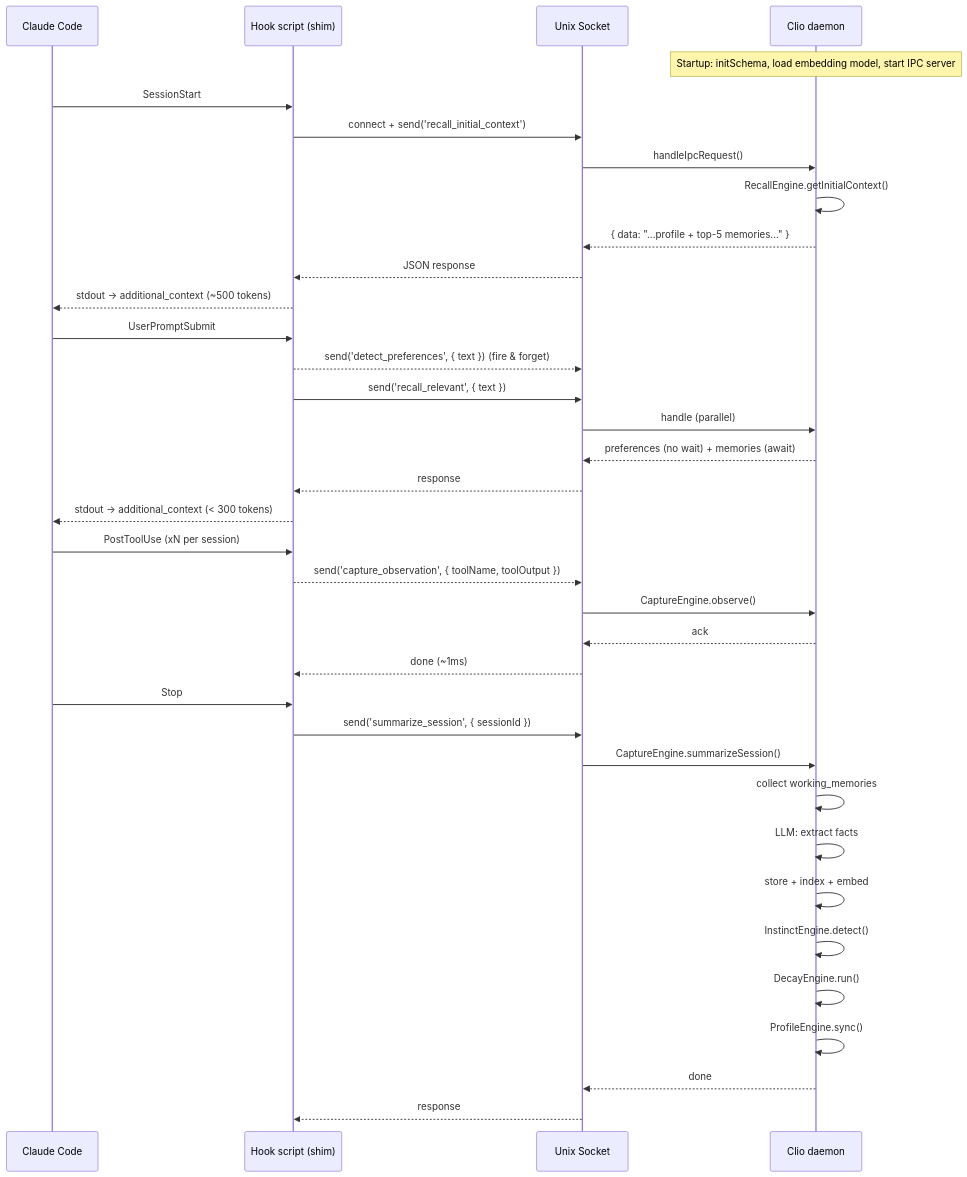
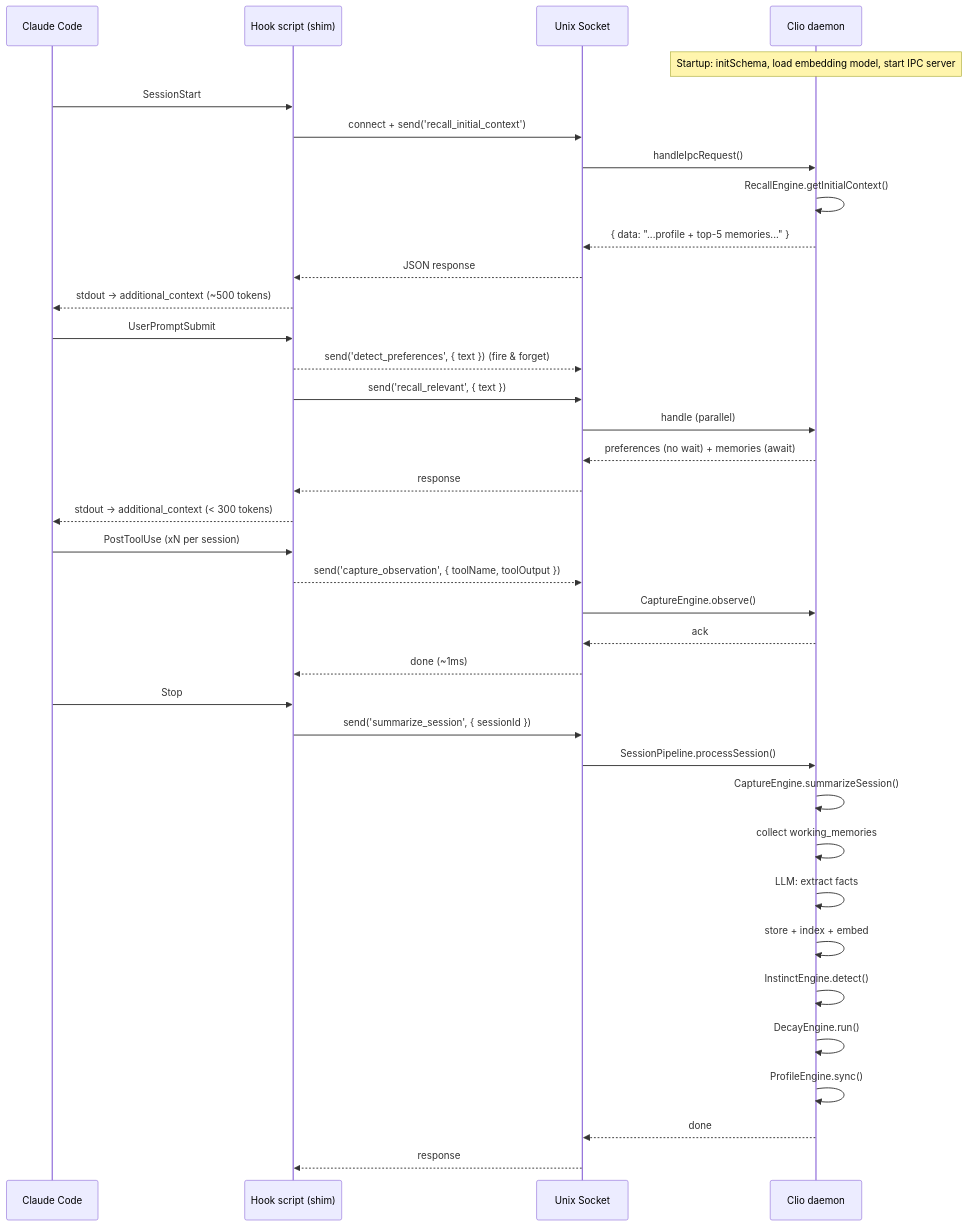
Before and after one commit to Lucas-lgm/clio: the tenth of 10 diagrams in docs/architecture.md, drawn with Mermaid. The commit also changed other lines of this file, not shown here.

First line of the commit message:
docs: update architecture diagrams after pipeline extraction and capture split

````diff
--- a/docs/architecture.md
+++ b/docs/architecture.md
@@ -403,43 +419,44 @@
 ```mermaid
 sequenceDiagram
     participant CC as Claude Code
     participant Hook as Hook script (shim)
     participant IPC as Unix Socket
     participant Clio as Clio daemon
 
     Note over Clio: Startup: initSchema, load embedding model, start IPC server
 
     CC->>Hook: SessionStart
     Hook->>IPC: connect + send('recall_initial_context')
     IPC->>Clio: handleIpcRequest()
     Clio->>Clio: RecallEngine.getInitialContext()
     Clio-->>IPC: { data: "...profile + top-5 memories..." }
     IPC-->>Hook: JSON response
     Hook-->>CC: stdout -> additional_context (~500 tokens)
 
     CC->>Hook: UserPromptSubmit
     Hook-->>IPC: send('detect_preferences', { text }) (fire & forget)
     Hook->>IPC: send('recall_relevant', { text })
     IPC->>Clio: handle (parallel)
     Clio-->>IPC: preferences (no wait) + memories (await)
     IPC-->>Hook: response
     Hook-->>CC: stdout -> additional_context (< 300 tokens)
 
     CC->>Hook: PostToolUse (xN per session)
     Hook-->>IPC: send('capture_observation', { toolName, toolOutput })
     IPC->>Clio: CaptureEngine.observe()
     Clio-->>IPC: ack
     IPC-->>Hook: done (~1ms)
 
     CC->>Hook: Stop
     Hook->>IPC: send('summarize_session', { sessionId })
-    IPC->>Clio: CaptureEngine.summarizeSession()
+    IPC->>Clio: SessionPipeline.processSession()
+    Clio->>Clio: CaptureEngine.summarizeSession()
     Clio->>Clio: collect working_memories
     Clio->>Clio: LLM: extract facts
     Clio->>Clio: store + index + embed
     Clio->>Clio: InstinctEngine.detect()
     Clio->>Clio: DecayEngine.run()
     Clio->>Clio: ProfileEngine.sync()
     Clio-->>IPC: done
     IPC-->>Hook: response
 ```
````
